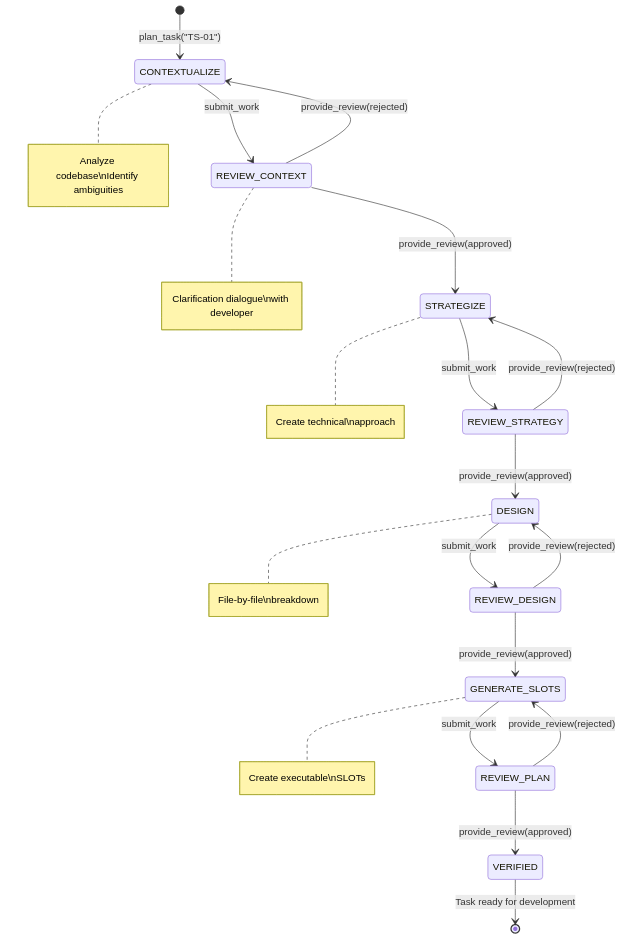
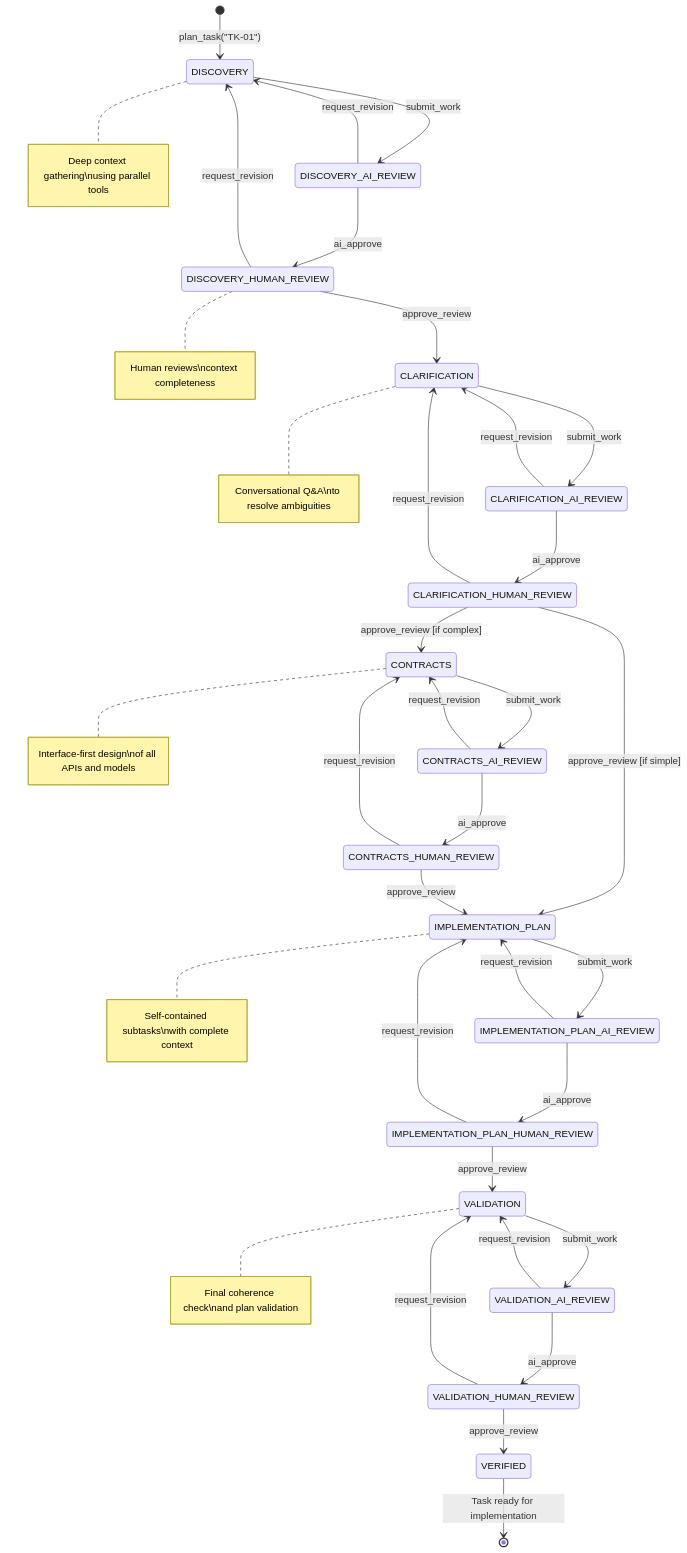
The second of 3 diagrams in docs/design/plan_task/README.md (fahadkaleem/alfred-task-manager), drawn with Mermaid before and after one commit. The commit also changed other lines of this file and 177 other files, not shown here.

````diff
--- a/docs/design/plan_task/README.md
+++ b/docs/design/plan_task/README.md
@@ -105,31 +144,53 @@
 ```mermaid
 stateDiagram-v2
-    [*] --> CONTEXTUALIZE: plan_task("TS-01")
+    [*] --> DISCOVERY: plan_task("TK-01")
     
-    CONTEXTUALIZE --> REVIEW_CONTEXT: submit_work
-    note right of CONTEXTUALIZE: Analyze codebase\nIdentify ambiguities
+    DISCOVERY --> DISCOVERY_AI_REVIEW: submit_work
+    note right of DISCOVERY: Deep context gathering\nusing parallel tools
     
-    REVIEW_CONTEXT --> STRATEGIZE: provide_review(approved)
-    REVIEW_CONTEXT --> CONTEXTUALIZE: provide_review(rejected)
-    note right of REVIEW_CONTEXT: Clarification dialogue\nwith developer
+    DISCOVERY_AI_REVIEW --> DISCOVERY_HUMAN_REVIEW: ai_approve
+    DISCOVERY_AI_REVIEW --> DISCOVERY: request_revision
     
-    STRATEGIZE --> REVIEW_STRATEGY: submit_work
-    note right of STRATEGIZE: Create technical\napproach
+    DISCOVERY_HUMAN_REVIEW --> CLARIFICATION: approve_review
+    DISCOVERY_HUMAN_REVIEW --> DISCOVERY: request_revision
+    note right of DISCOVERY_HUMAN_REVIEW: Human reviews\ncontext completeness
     
-    REVIEW_STRATEGY --> DESIGN: provide_review(approved)
-    REVIEW_STRATEGY --> STRATEGIZE: provide_review(rejected)
+    CLARIFICATION --> CLARIFICATION_AI_REVIEW: submit_work
+    note right of CLARIFICATION: Conversational Q&A\nto resolve ambiguities
     
-    DESIGN --> REVIEW_DESIGN: submit_work
-    note right of DESIGN: File-by-file\nbreakdown
+    CLARIFICATION_AI_REVIEW --> CLARIFICATION_HUMAN_REVIEW: ai_approve
+    CLARIFICATION_AI_REVIEW --> CLARIFICATION: request_revision
     
-    REVIEW_DESIGN --> GENERATE_SLOTS: provide_review(approved)
-    REVIEW_DESIGN --> DESIGN: provide_review(rejected)
+    CLARIFICATION_HUMAN_REVIEW --> CONTRACTS: approve_review [if complex]
+    CLARIFICATION_HUMAN_REVIEW --> IMPLEMENTATION_PLAN: approve_review [if simple]
+    CLARIFICATION_HUMAN_REVIEW --> CLARIFICATION: request_revision
     
-    GENERATE_SLOTS --> REVIEW_PLAN: submit_work
-    note right of GENERATE_SLOTS: Create executable\nSLOTs
+    CONTRACTS --> CONTRACTS_AI_REVIEW: submit_work
+    note right of CONTRACTS: Interface-first design\nof all APIs and models
     
-    REVIEW_PLAN --> VERIFIED: provide_review(approved)
-    REVIEW_PLAN --> GENERATE_SLOTS: provide_review(rejected)
+    CONTRACTS_AI_REVIEW --> CONTRACTS_HUMAN_REVIEW: ai_approve
+    CONTRACTS_AI_REVIEW --> CONTRACTS: request_revision
     
-    VERIFIED --> [*]: Task ready for development
+    CONTRACTS_HUMAN_REVIEW --> IMPLEMENTATION_PLAN: approve_review
+    CONTRACTS_HUMAN_REVIEW --> CONTRACTS: request_revision
+    
+    IMPLEMENTATION_PLAN --> IMPLEMENTATION_PLAN_AI_REVIEW: submit_work
+    note right of IMPLEMENTATION_PLAN: Self-contained subtasks\nwith complete context
+    
+    IMPLEMENTATION_PLAN_AI_REVIEW --> IMPLEMENTATION_PLAN_HUMAN_REVIEW: ai_approve
+    IMPLEMENTATION_PLAN_AI_REVIEW --> IMPLEMENTATION_PLAN: request_revision
+    
+    IMPLEMENTATION_PLAN_HUMAN_REVIEW --> VALIDATION: approve_review
+    IMPLEMENTATION_PLAN_HUMAN_REVIEW --> IMPLEMENTATION_PLAN: request_revision
+    
+    VALIDATION --> VALIDATION_AI_REVIEW: submit_work
+    note right of VALIDATION: Final coherence check\nand plan validation
+    
+    VALIDATION_AI_REVIEW --> VALIDATION_HUMAN_REVIEW: ai_approve
+    VALIDATION_AI_REVIEW --> VALIDATION: request_revision
+    
+    VALIDATION_HUMAN_REVIEW --> VERIFIED: approve_review
+    VALIDATION_HUMAN_REVIEW --> VALIDATION: request_revision
+    
+    VERIFIED --> [*]: Task ready for implementation
 ```
````
